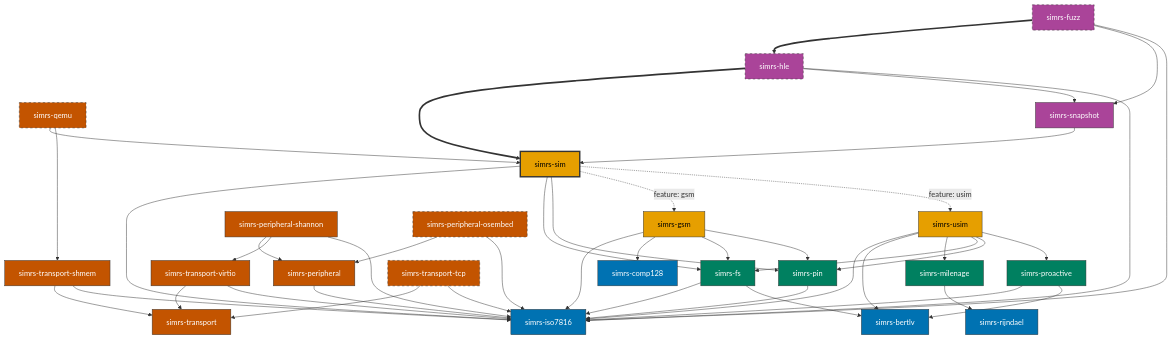
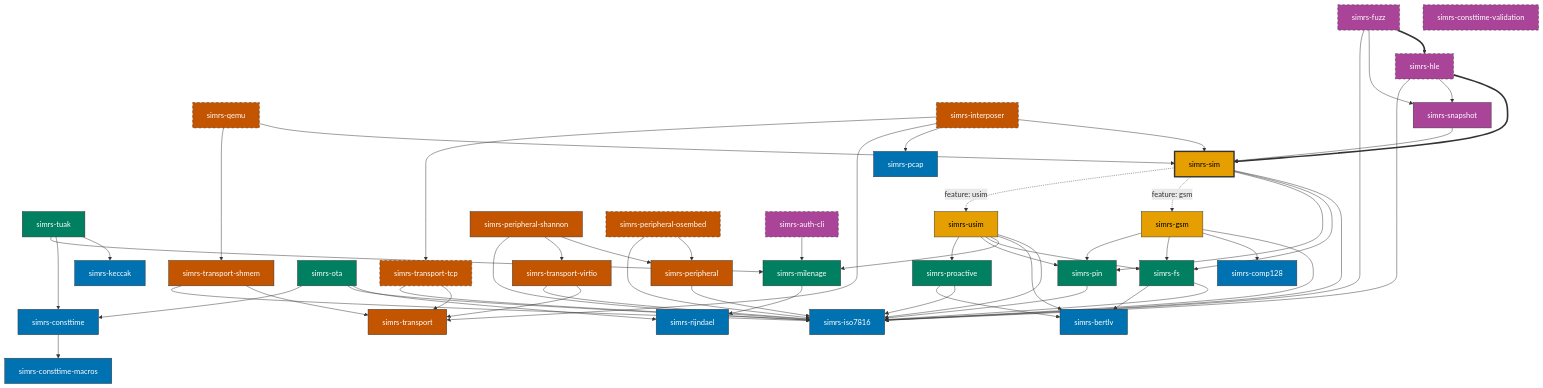
The first of 4 diagrams in docs/architecture.md (jaesharp/simrs), drawn with Mermaid before and after one commit. The commit also changed other lines of this file and 25 other files, not shown here.

````diff
--- a/docs/architecture.md
+++ b/docs/architecture.md
@@ -65,9 +77,15 @@
     BER[simrs-bertlv]
     RIJ[simrs-rijndael]
     C128[simrs-comp128]
+    KEC[simrs-keccak]
+    CT[simrs-consttime]
+    CTM[simrs-consttime-macros]
+    PCAP[simrs-pcap]
 
     %% Composition (Teal)
     MIL[simrs-milenage]
+    TUAK[simrs-tuak]
+    OTA[simrs-ota]
     FS[simrs-fs]
     PIN[simrs-pin]
     PRO[simrs-proactive]
@@ -86,13 +104,25 @@
     SHAN[simrs-peripheral-shannon]
     OSEM[simrs-peripheral-osembed]
     QEMU[simrs-qemu]
+    INTERP[simrs-interposer]
 
     %% Meta (Mauve)
     SNAP[simrs-snapshot]
     HLE[simrs-hle]
     FUZZ[simrs-fuzz]
 
+    %% CLI (Mauve, std)
+    AUTH[simrs-auth-cli]
+    CTV[simrs-consttime-validation]
+
+    CT  --> CTM
     MIL --> RIJ
+    TUAK --> KEC
+    TUAK --> CT
+    TUAK --> MIL
+    OTA --> RIJ
+    OTA --> ISO
+    OTA --> CT
     FS  --> ISO
     FS  --> BER
     PIN --> ISO
@@ -127,6 +157,10 @@
     SHAN    --> ISO
     OSEM    --> PERI
     OSEM    --> ISO
+    INTERP  --> SIM
+    INTERP  --> PCAP
+    INTERP  --> TR
+    INTERP  --> TR_TCP
     SNAP    --> SIM
     HLE     ==> SIM
     HLE     --> SNAP
@@ -134,6 +168,7 @@
     FUZZ    ==> HLE
     FUZZ    --> SNAP
     FUZZ    --> ISO
+    AUTH    --> MIL
 
     %% Per DIAGRAM_STYLE_GUIDE.md
     classDef foundation fill:#0072B2,stroke:#333,color:#fff
@@ -145,12 +180,12 @@
     classDef meta fill:#AA4499,stroke:#333,color:#fff
     classDef meta_std fill:#AA4499,stroke:#333,color:#fff,stroke-dasharray:5 5
 
-    class ISO,BER,RIJ,C128 foundation
-    class MIL,FS,PIN,PRO composition
+    class ISO,BER,RIJ,C128,KEC,CT,CTM,PCAP foundation
+    class MIL,TUAK,OTA,FS,PIN,PRO composition
     class GSM,USIM application
     class SIM entry
     class TR,TR_SHM,TR_VIO,PERI,SHAN boundary
-    class TR_TCP,OSEM,QEMU boundary_std
+    class TR_TCP,OSEM,QEMU,INTERP boundary_std
     class SNAP meta
-    class HLE,FUZZ meta_std
+    class HLE,FUZZ,AUTH,CTV meta_std
 ```
````
